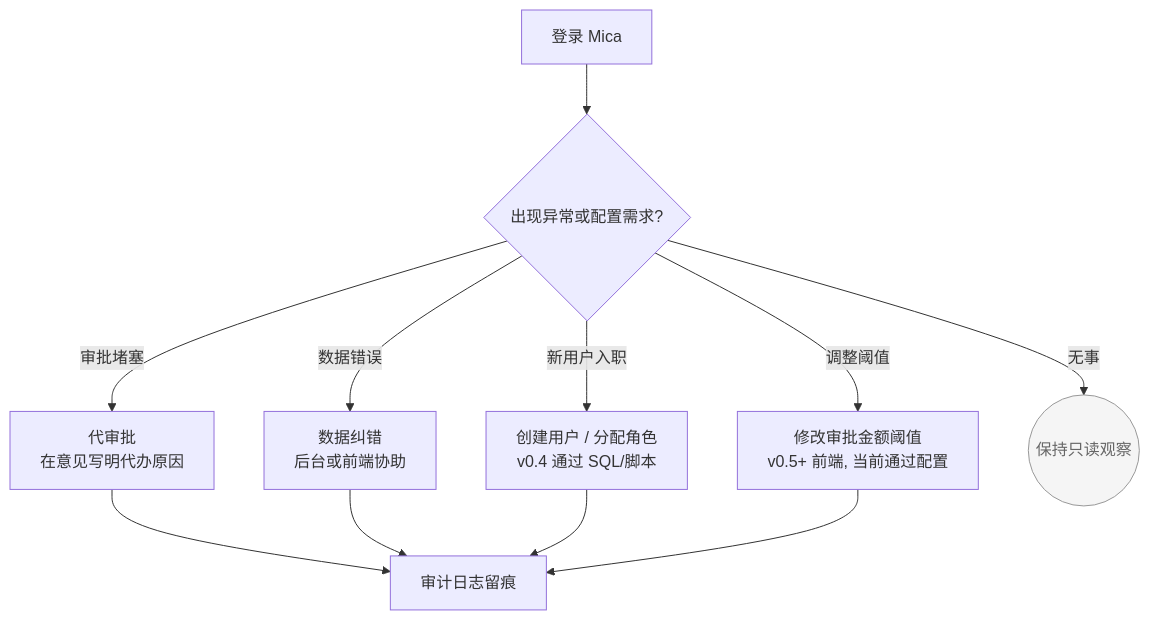
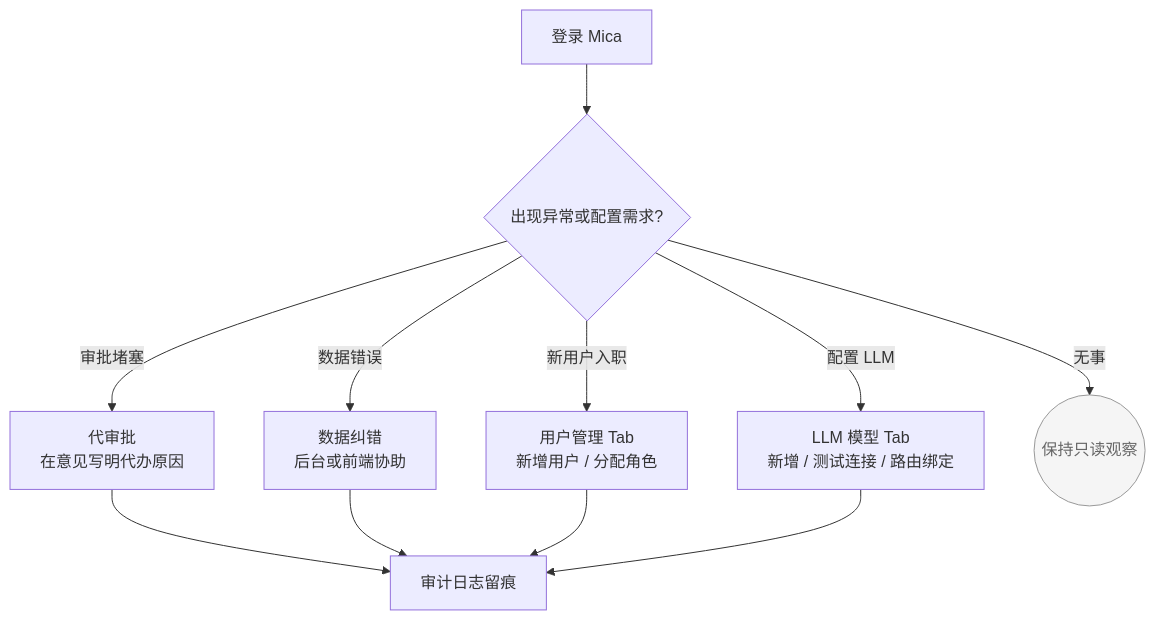
Before and after one commit to helixzz/mica: the fifth of 5 diagrams in docs/user-manual/03-per-role-workflow.md, drawn with Mermaid. The commit also changed other lines of this file and 22 other files, not shown here.

````diff
--- a/docs/user-manual/03-per-role-workflow.md
+++ b/docs/user-manual/03-per-role-workflow.md
@@ -478,16 +499,16 @@
 ```mermaid
 flowchart TD
     S[登录 Mica] --> CHK{出现异常或配置需求?}
     CHK -- 审批堵塞 --> A1[代审批<br/>在意见写明代办原因]
     CHK -- 数据错误 --> A2[数据纠错<br/>后台或前端协助]
-    CHK -- 新用户入职 --> A3[创建用户 / 分配角色<br/>v0.4 通过 SQL/脚本]
-    CHK -- 调整阈值 --> A4[修改审批金额阈值<br/>v0.5+ 前端, 当前通过配置]
+    CHK -- 新用户入职 --> A3[用户管理 Tab<br/>新增用户 / 分配角色]
+    CHK -- 配置 LLM --> A4[LLM 模型 Tab<br/>新增 / 测试连接 / 路由绑定]
     CHK -- 无事 --> IDLE((保持只读观察))
     A1 --> LOG[审计日志留痕]
     A2 --> LOG
     A3 --> LOG
     A4 --> LOG
 
     classDef terminal fill:#f5f5f5,stroke:#999,color:#666;
     class IDLE terminal;
 ```
````
